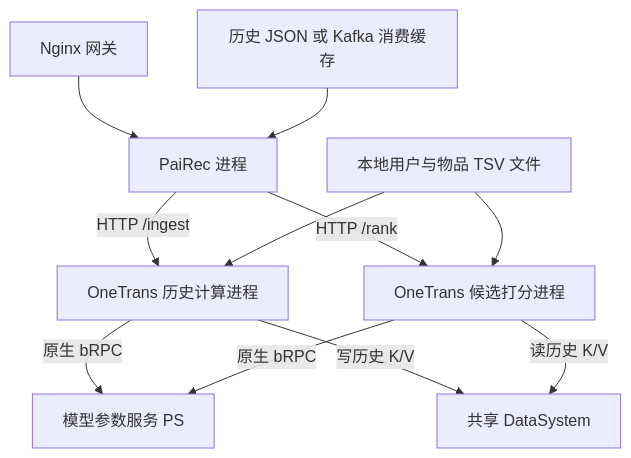
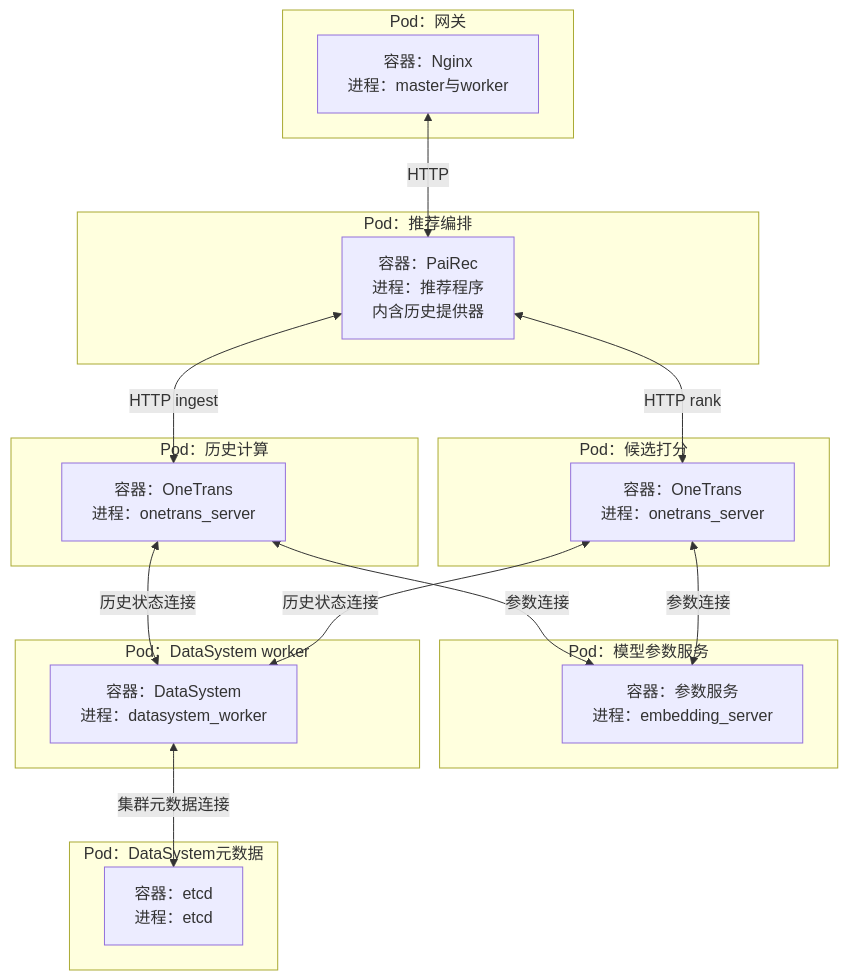
Before and after one commit to bitianyuan123/docs: the fifth of 6 diagrams in 02_onetrans.md, drawn with Mermaid. The commit also changed other lines of this file and 141 other files, not shown here.

Commit message:
docs: audit module views and analyze PaiRec OneTrans Redis workloads

````diff
--- a/02_onetrans.md
+++ b/02_onetrans.md
@@ -235,13 +329,32 @@
 ```mermaid
-flowchart TD
-    N[Nginx 网关] --> P[PaiRec 进程]
-    P -->|HTTP /ingest| H[OneTrans 历史计算进程]
-    P -->|HTTP /rank| R[OneTrans 候选打分进程]
-    J[历史 JSON 或 Kafka 消费缓存] --> P
-    F[本地用户与物品 TSV 文件] --> H
-    F --> R
-    H -->|原生 bRPC| PS[模型参数服务 PS]
-    R -->|原生 bRPC| PS
-    H -->|写历史 K/V| D[共享 DataSystem]
-    R -->|读历史 K/V| D
+flowchart TB
+    subgraph Gateway[Pod：网关]
+        N[容器：Nginx<br/>进程：master与worker]
+    end
+    subgraph Orchestrator[Pod：推荐编排]
+        P[容器：PaiRec<br/>进程：推荐程序<br/>内含历史提供器]
+    end
+    subgraph History[Pod：历史计算]
+        H[容器：OneTrans<br/>进程：onetrans_server]
+    end
+    subgraph Candidate[Pod：候选打分]
+        R[容器：OneTrans<br/>进程：onetrans_server]
+    end
+    subgraph Parameter[Pod：模型参数服务]
+        PS[容器：参数服务<br/>进程：embedding_server]
+    end
+    subgraph Worker[Pod：DataSystem worker]
+        W[容器：DataSystem<br/>进程：datasystem_worker]
+    end
+    subgraph Metadata[Pod：DataSystem元数据]
+        E[容器：etcd<br/>进程：etcd]
+    end
+    N <-->|HTTP| P
+    P <-->|HTTP ingest| H
+    P <-->|HTTP rank| R
+    H <-->|参数连接| PS
+    R <-->|参数连接| PS
+    H <-->|历史状态连接| W
+    R <-->|历史状态连接| W
+    W <-->|集群元数据连接| E
 ```
````
